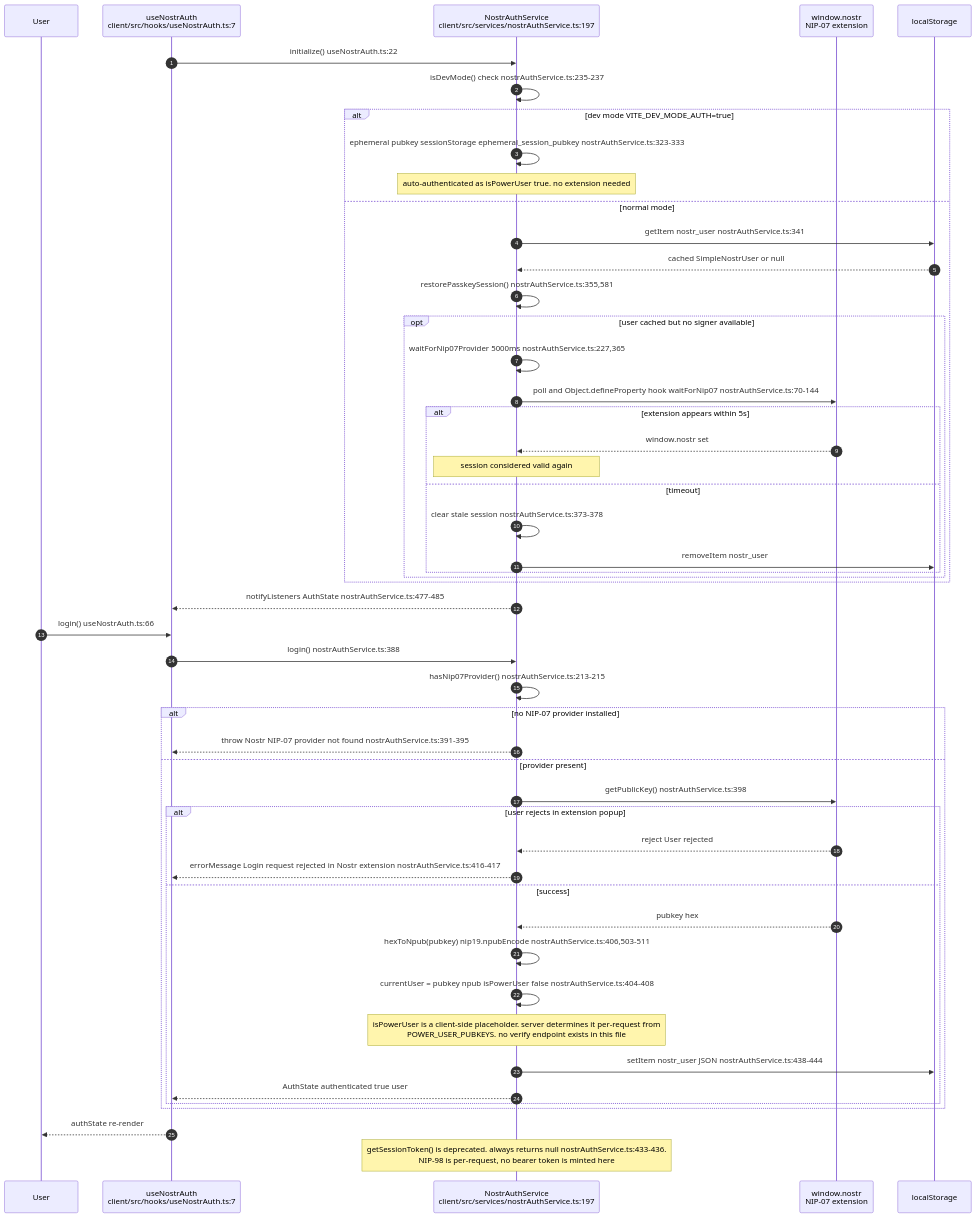
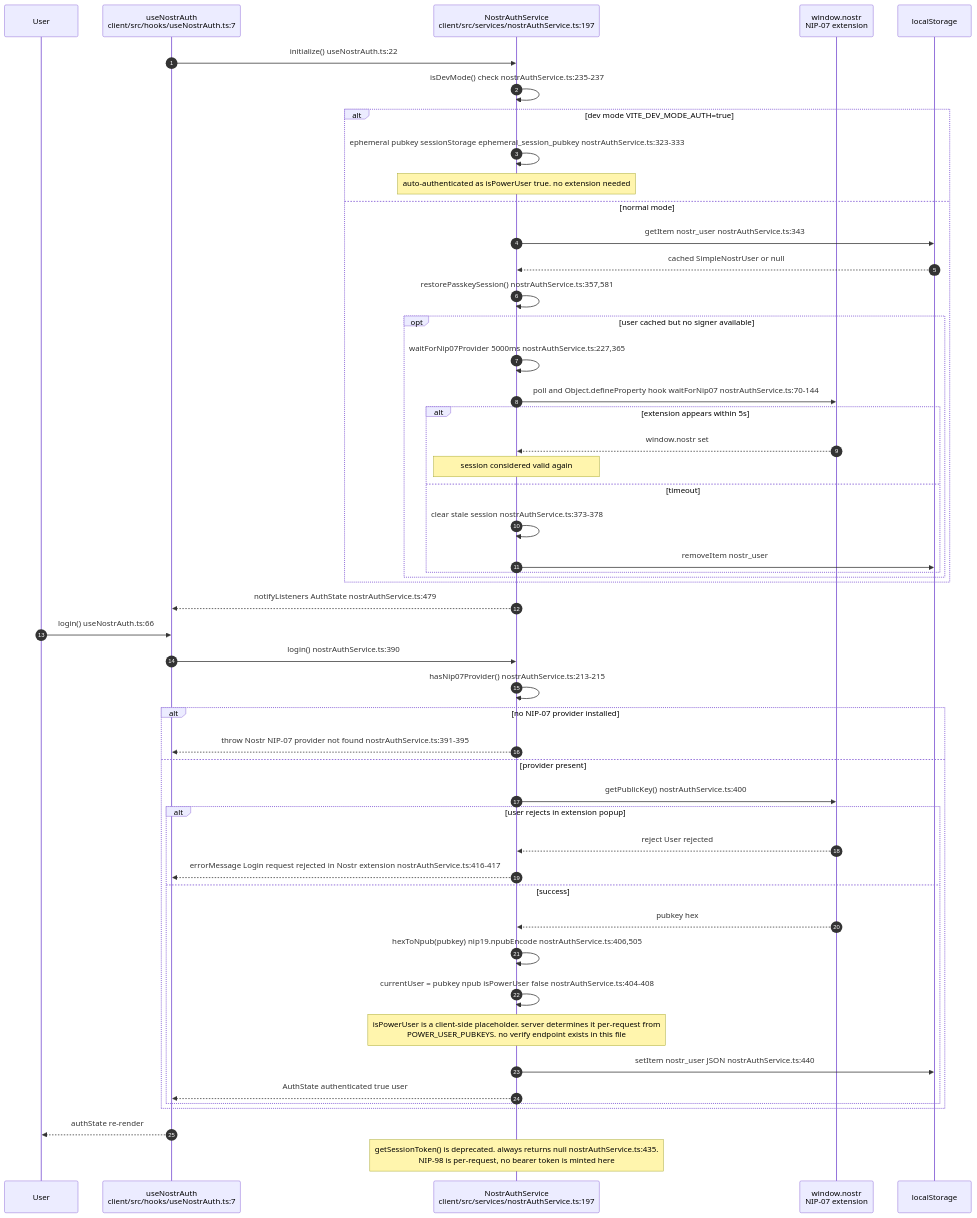
One commit to DreamLab-AI/VisionFlow changed the first of 9 diagrams in docs/diagrams/visionclaw/33-client-auth-and-identity.md. Above: the diagram before and after it, drawn with Mermaid. The commit also changed other lines of this file and 51 other files, not shown here.

First line of the commit message:
docs(diagrams): agentbox AB-01..13 re-attested anchor by anchor (980 anchors, 22 defects); checkpoint against an out-of-mesh writer

````diff
--- a/docs/diagrams/visionclaw/33-client-auth-and-identity.md
+++ b/docs/diagrams/visionclaw/33-client-auth-and-identity.md
@@ -41,54 +41,54 @@
 ```mermaid
 sequenceDiagram
     autonumber
     participant U as User
     participant H as useNostrAuth<br/>client/src/hooks/useNostrAuth.ts:7
     participant NA as NostrAuthService<br/>client/src/services/nostrAuthService.ts:197
     participant EXT as window.nostr<br/>NIP-07 extension
     participant LS as localStorage
 
     H->>NA: initialize() useNostrAuth.ts:22
     NA->>NA: isDevMode() check nostrAuthService.ts:235-237
     alt dev mode VITE_DEV_MODE_AUTH=true
         NA->>NA: ephemeral pubkey sessionStorage ephemeral_session_pubkey nostrAuthService.ts:323-333
         Note over NA: auto-authenticated as isPowerUser true. no extension needed
     else normal mode
-        NA->>LS: getItem nostr_user nostrAuthService.ts:341
+        NA->>LS: getItem nostr_user nostrAuthService.ts:343
         LS-->>NA: cached SimpleNostrUser or null
-        NA->>NA: restorePasskeySession() nostrAuthService.ts:355,581
+        NA->>NA: restorePasskeySession() nostrAuthService.ts:357,581
         opt user cached but no signer available
             NA->>NA: waitForNip07Provider 5000ms nostrAuthService.ts:227,365
             NA->>EXT: poll and Object.defineProperty hook waitForNip07 nostrAuthService.ts:70-144
             alt extension appears within 5s
                 EXT-->>NA: window.nostr set
                 Note over NA: session considered valid again
             else timeout
                 NA->>NA: clear stale session nostrAuthService.ts:373-378
                 NA->>LS: removeItem nostr_user
             end
         end
     end
-    NA-->>H: notifyListeners AuthState nostrAuthService.ts:477-485
+    NA-->>H: notifyListeners AuthState nostrAuthService.ts:479
 
     U->>H: login() useNostrAuth.ts:66
-    H->>NA: login() nostrAuthService.ts:388
+    H->>NA: login() nostrAuthService.ts:390
     NA->>NA: hasNip07Provider() nostrAuthService.ts:213-215
     alt no NIP-07 provider installed
         NA-->>H: throw Nostr NIP-07 provider not found nostrAuthService.ts:391-395
     else provider present
-        NA->>EXT: getPublicKey() nostrAuthService.ts:398
+        NA->>EXT: getPublicKey() nostrAuthService.ts:400
         alt user rejects in extension popup
             EXT-->>NA: reject User rejected
             NA-->>H: errorMessage Login request rejected in Nostr extension nostrAuthService.ts:416-417
         else success
             EXT-->>NA: pubkey hex
-            NA->>NA: hexToNpub(pubkey) nip19.npubEncode nostrAuthService.ts:406,503-511
+            NA->>NA: hexToNpub(pubkey) nip19.npubEncode nostrAuthService.ts:406,505
             NA->>NA: currentUser = pubkey npub isPowerUser false nostrAuthService.ts:404-408
             Note over NA: isPowerUser is a client-side placeholder. server determines it per-request from<br/>POWER_USER_PUBKEYS. no verify endpoint exists in this file
-            NA->>LS: setItem nostr_user JSON nostrAuthService.ts:438-444
+            NA->>LS: setItem nostr_user JSON nostrAuthService.ts:440
             NA-->>H: AuthState authenticated true user
         end
     end
     H-->>U: authState re-render
-    Note over NA: getSessionToken() is deprecated. always returns null nostrAuthService.ts:433-436.<br/>NIP-98 is per-request, no bearer token is minted here
+    Note over NA: getSessionToken() is deprecated. always returns null nostrAuthService.ts:435.<br/>NIP-98 is per-request, no bearer token is minted here
 ```
````
